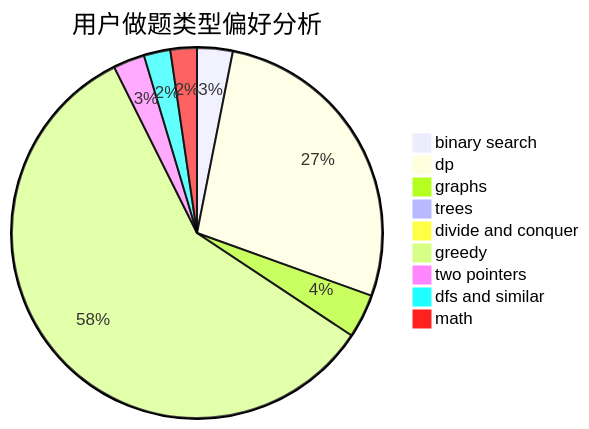
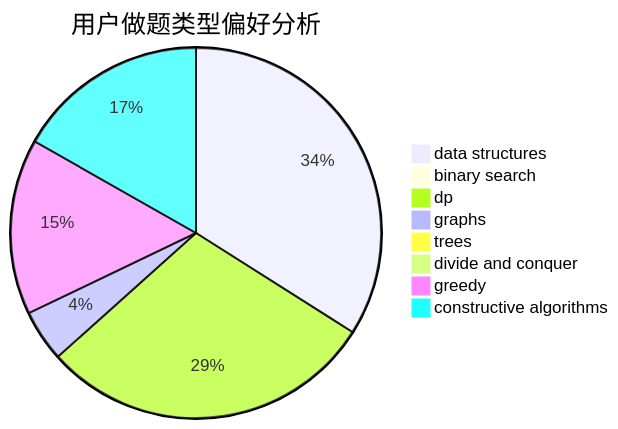
The second of 3 diagrams in docs/user/u364.md (sherpahu/cfrs.github.io), drawn with Mermaid before and after one commit. The commit also changed other lines of this file and 2775 other files, not shown here.

````diff
--- a/docs/user/u364.md
+++ b/docs/user/u364.md
@@ -23,12 +23,11 @@
 ```mermaid
 pie title 用户做题类型偏好分析
-    "binary search" :  43
-    "dp" :  379
+    "data structures" :  399
+    "binary search" :  7
+    "dp" :  345
     "graphs" :  53
     "trees" :  0
-    "divide and conquer" :  13
-    "greedy" :  807
-    "two pointers" :  38
-    "dfs and similar" :  32
-    "math" :  32
+    "divide and conquer" :  2
+    "greedy" :  180
+    "constructive algorithms" :  197
 ```
````
